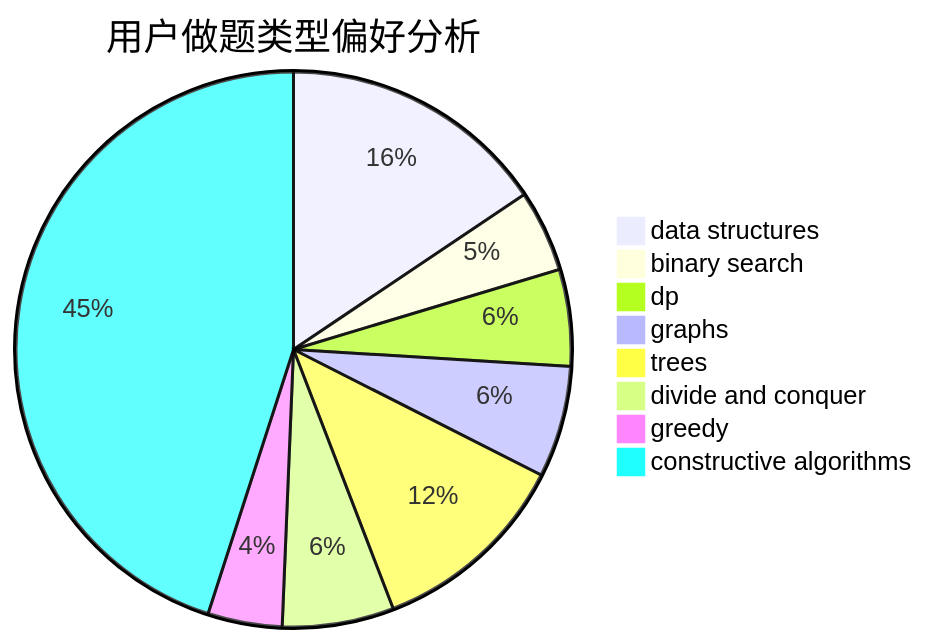
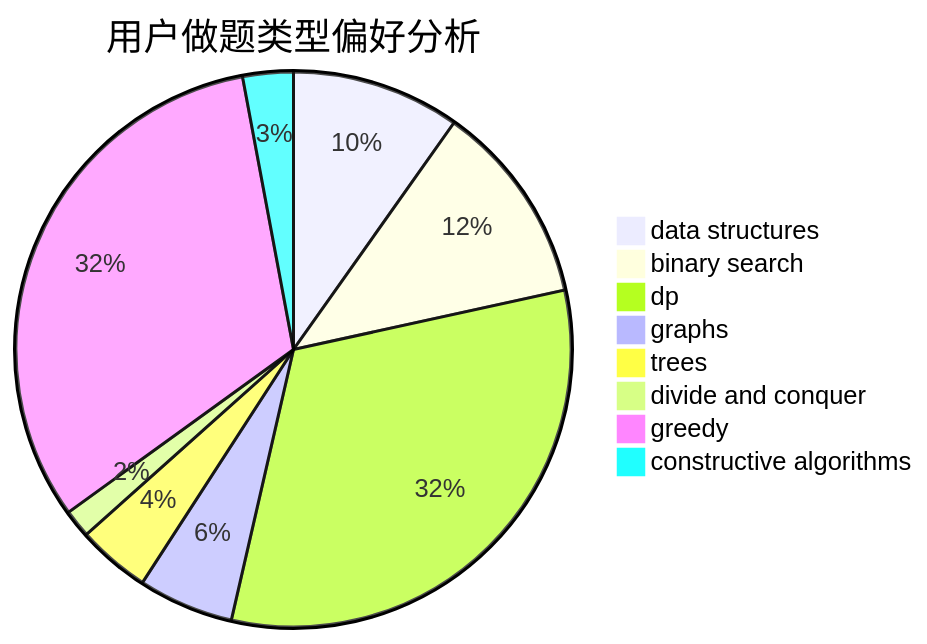
Before and after one commit to sherpahu/cfrs.github.io: the second of 3 diagrams in docs/user/u2020.md, drawn with Mermaid. The commit also changed other lines of this file and 2770 other files, not shown here.

````diff
--- a/docs/user/u2020.md
+++ b/docs/user/u2020.md
@@ -23,11 +23,11 @@
 ```mermaid
 pie title 用户做题类型偏好分析
-    "data structures" :  36
-    "binary search" :  11
-    "dp" :  13
-    "graphs" :  15
-    "trees" :  27
-    "divide and conquer" :  15
-    "greedy" :  10
-    "constructive algorithms" :  104
+    "data structures" :  30
+    "binary search" :  36
+    "dp" :  98
+    "graphs" :  17
+    "trees" :  13
+    "divide and conquer" :  5
+    "greedy" :  98
+    "constructive algorithms" :  9
 ```
````
